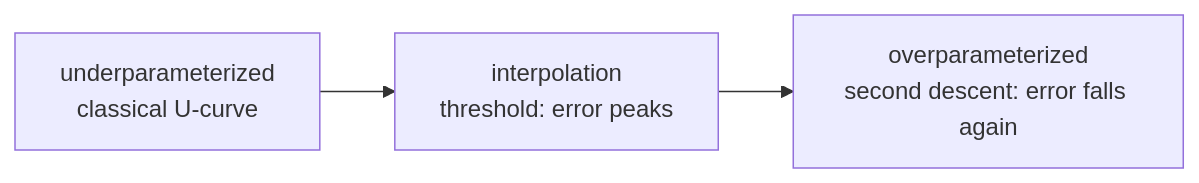
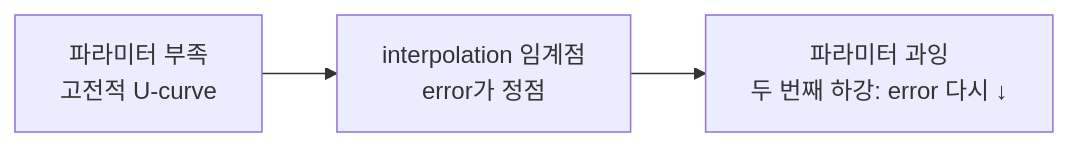
One commit to beomyoung-kim/ml_study changed the diagram in content/foundations/regularization-generalization.ko.md. Above: the diagram before and after it, drawn with Mermaid. The commit also changed other lines of this file and 209 other files, not shown here.

````diff
--- a/content/foundations/regularization-generalization.ko.md
+++ b/content/foundations/regularization-generalization.ko.md
@@ -73,5 +157,5 @@
 ```mermaid
 flowchart LR
-  A["underparameterized<br/>classical U-curve"] --> B["interpolation<br/>threshold: error peaks"]
-  B --> C["overparameterized<br/>second descent: error falls again"]
+  A["파라미터 부족<br/>고전적 U-curve"] --> B["interpolation 임계점<br/>error가 정점"]
+  B --> C["파라미터 과잉<br/>두 번째 하강: error 다시 ↓"]
 ```
````
